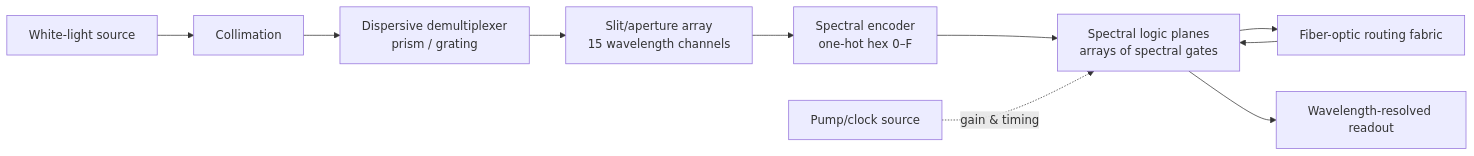
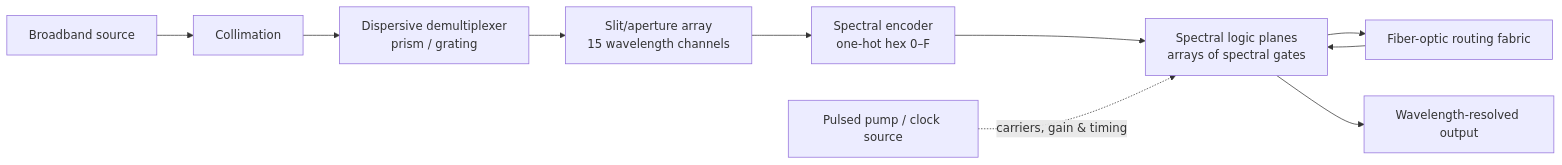
One commit to serpentchain/serpentchain.io.github.io changed the first of 4 diagrams in pshc.md. Above: the diagram before and after it, drawn with Mermaid. The commit also changed other lines of this file, not shown here.

````diff
--- a/pshc.md
+++ b/pshc.md
@@ -191,12 +203,12 @@
 ```mermaid
 flowchart LR
-    A[White-light source] --> B[Collimation]
+    A[Broadband source] --> B[Collimation]
     B --> C[Dispersive demultiplexer<br/>prism / grating]
     C --> D[Slit/aperture array<br/>15 wavelength channels]
     D --> E[Spectral encoder<br/>one-hot hex 0–F]
     E --> F[Spectral logic planes<br/>arrays of spectral gates]
     F --> G[Fiber-optic routing fabric]
     G --> F
-    F --> H[Wavelength-resolved readout]
-    P[Pump/clock source] -. gain & timing .-> F
+    F --> H[Wavelength-resolved output]
+    P[Pulsed pump / clock source] -. carriers, gain & timing .-> F
 ```
````
